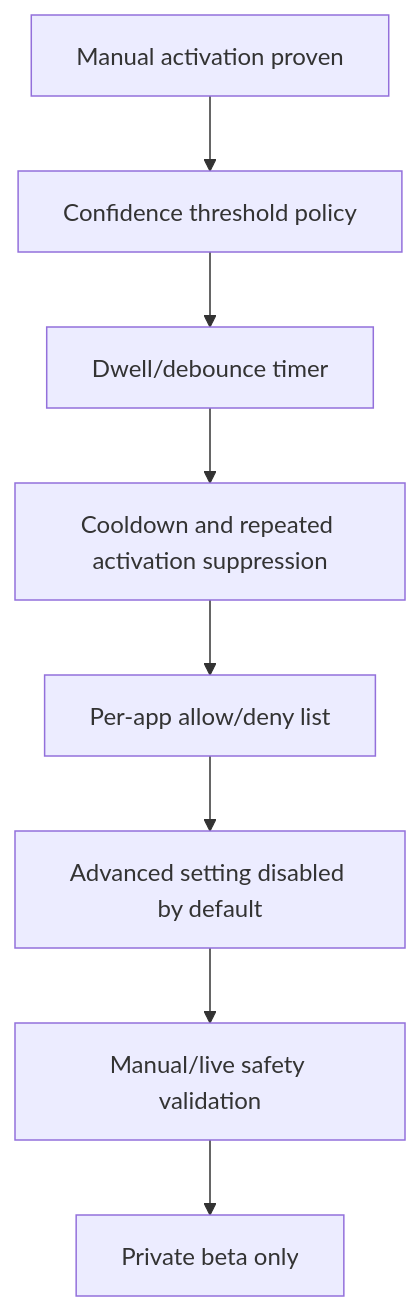
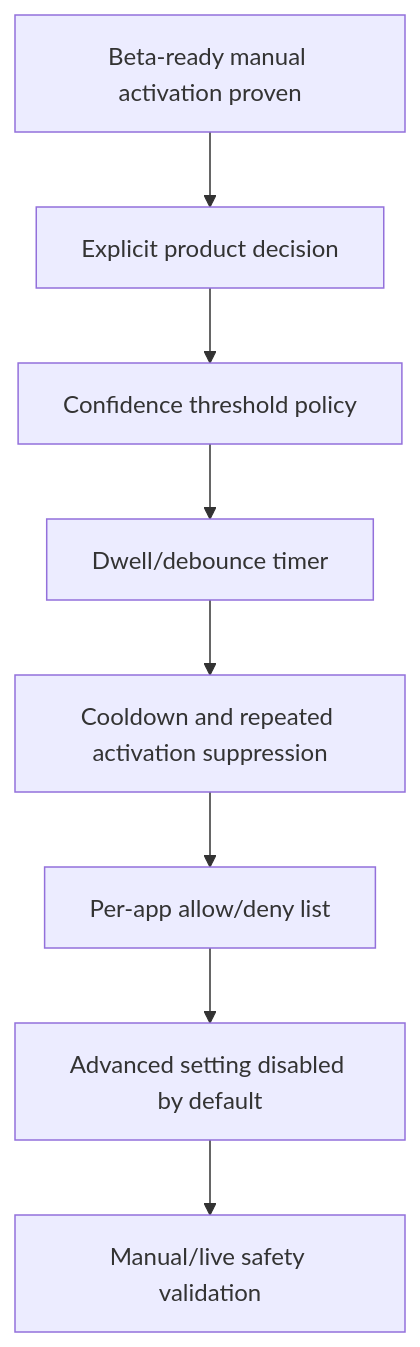
The fourth of 4 diagrams in docs/plans/gaze-task-graphs.md (sagebynature/gaze), drawn with Mermaid before and after one commit. The commit also changed other lines of this file and 1 other file, not shown here.

Commit message:
docs: capture Gaze menu bar beta design

````diff
--- a/docs/plans/gaze-task-graphs.md
+++ b/docs/plans/gaze-task-graphs.md
@@ -432,10 +491,10 @@
 ```mermaid
 graph TD
-    A1[Manual activation proven] --> A2[Confidence threshold policy]
-    A2 --> A3[Dwell/debounce timer]
-    A3 --> A4[Cooldown and repeated activation suppression]
-    A4 --> A5[Per-app allow/deny list]
-    A5 --> A6[Advanced setting disabled by default]
-    A6 --> A7[Manual/live safety validation]
-    A7 --> A8[Private beta only]
+    A1[Beta-ready manual activation proven] --> A2[Explicit product decision]
+    A2 --> A3[Confidence threshold policy]
+    A3 --> A4[Dwell/debounce timer]
+    A4 --> A5[Cooldown and repeated activation suppression]
+    A5 --> A6[Per-app allow/deny list]
+    A6 --> A7[Advanced setting disabled by default]
+    A7 --> A8[Manual/live safety validation]
 ```
````
